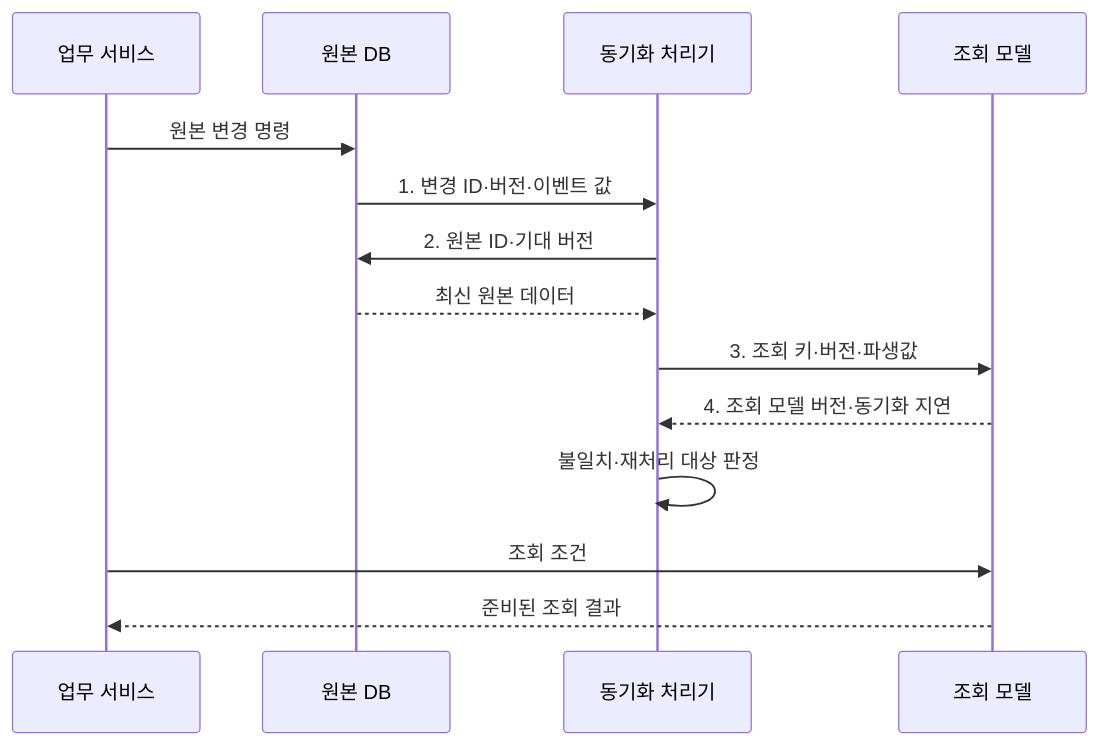
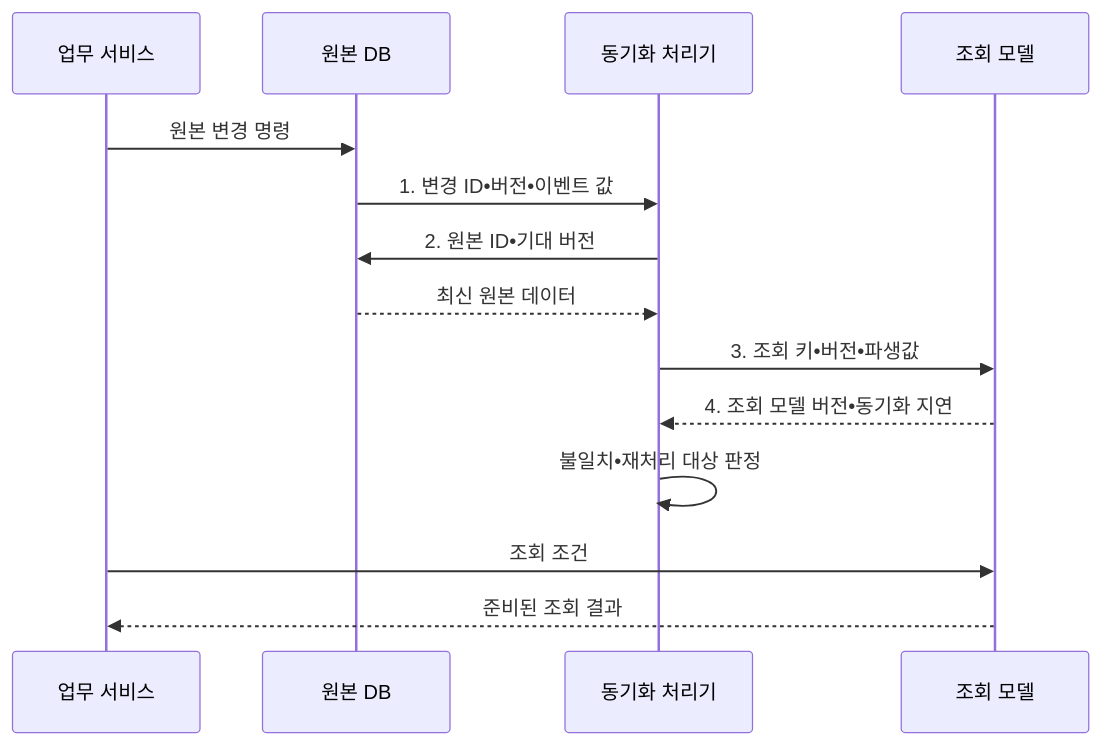
One commit to agnusdei1207/knowledge-base changed the second of 2 diagrams in src/content/docs/notes/03-software/090_denormalization.md. Above: the diagram before and after it, drawn with Mermaid. The commit also changed other lines of this file and 953 other files, not shown here.

````diff
--- a/src/content/docs/notes/03-software/090_denormalization.md
+++ b/src/content/docs/notes/03-software/090_denormalization.md
@@ -105,16 +105,16 @@
 ```mermaid
 sequenceDiagram
     participant APP as 업무 서비스
     participant DB as 원본 DB
     participant SYNC as 동기화 처리기
     participant READ as 조회 모델
     APP->>DB: 원본 변경 명령
-    DB->>SYNC: 1. 변경 ID·버전·이벤트 값
-    SYNC->>DB: 2. 원본 ID·기대 버전
+    DB->>SYNC: 1. 변경 ID•버전•이벤트 값
+    SYNC->>DB: 2. 원본 ID•기대 버전
     DB-->>SYNC: 최신 원본 데이터
-    SYNC->>READ: 3. 조회 키·버전·파생값
-    READ-->>SYNC: 4. 조회 모델 버전·동기화 지연
-    SYNC->>SYNC: 불일치·재처리 대상 판정
+    SYNC->>READ: 3. 조회 키•버전•파생값
+    READ-->>SYNC: 4. 조회 모델 버전•동기화 지연
+    SYNC->>SYNC: 불일치•재처리 대상 판정
     APP->>READ: 조회 조건
     READ-->>APP: 준비된 조회 결과
 ```
````
